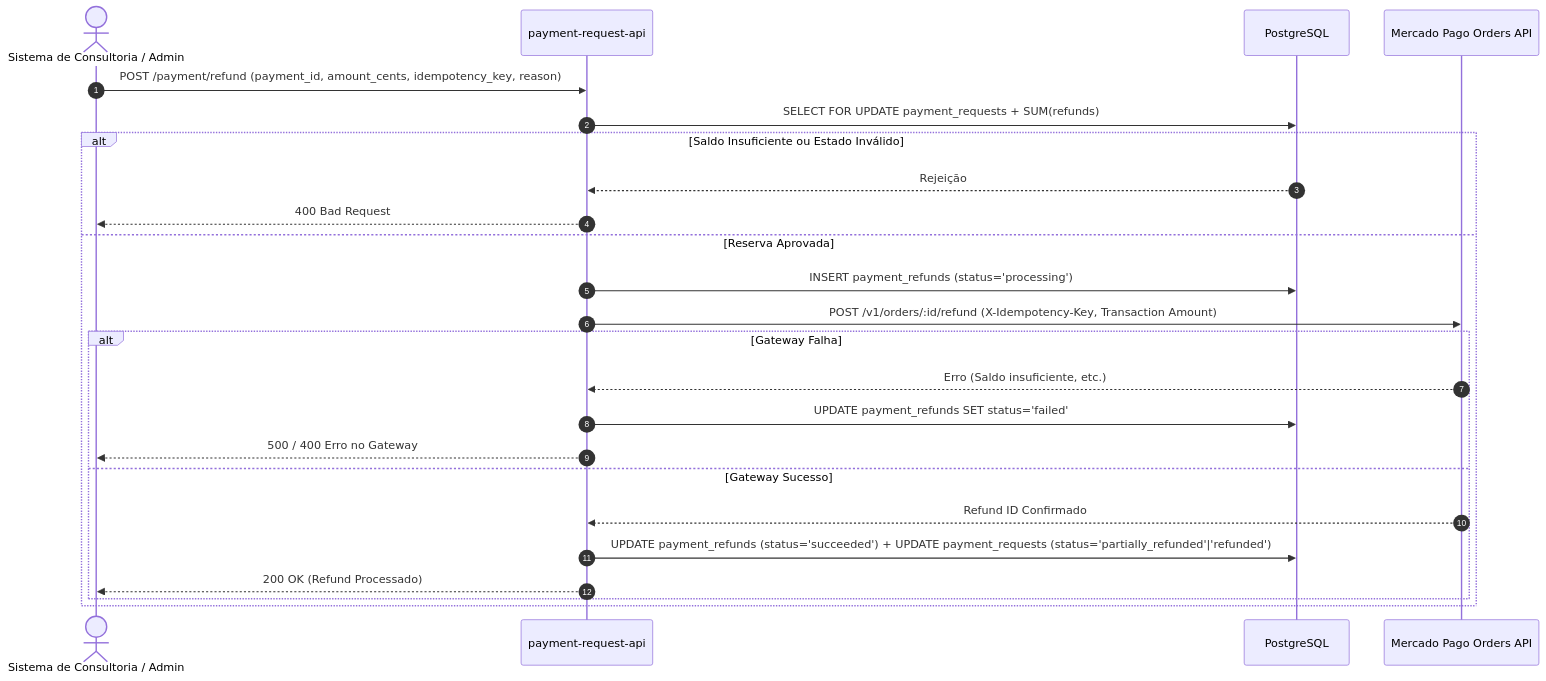
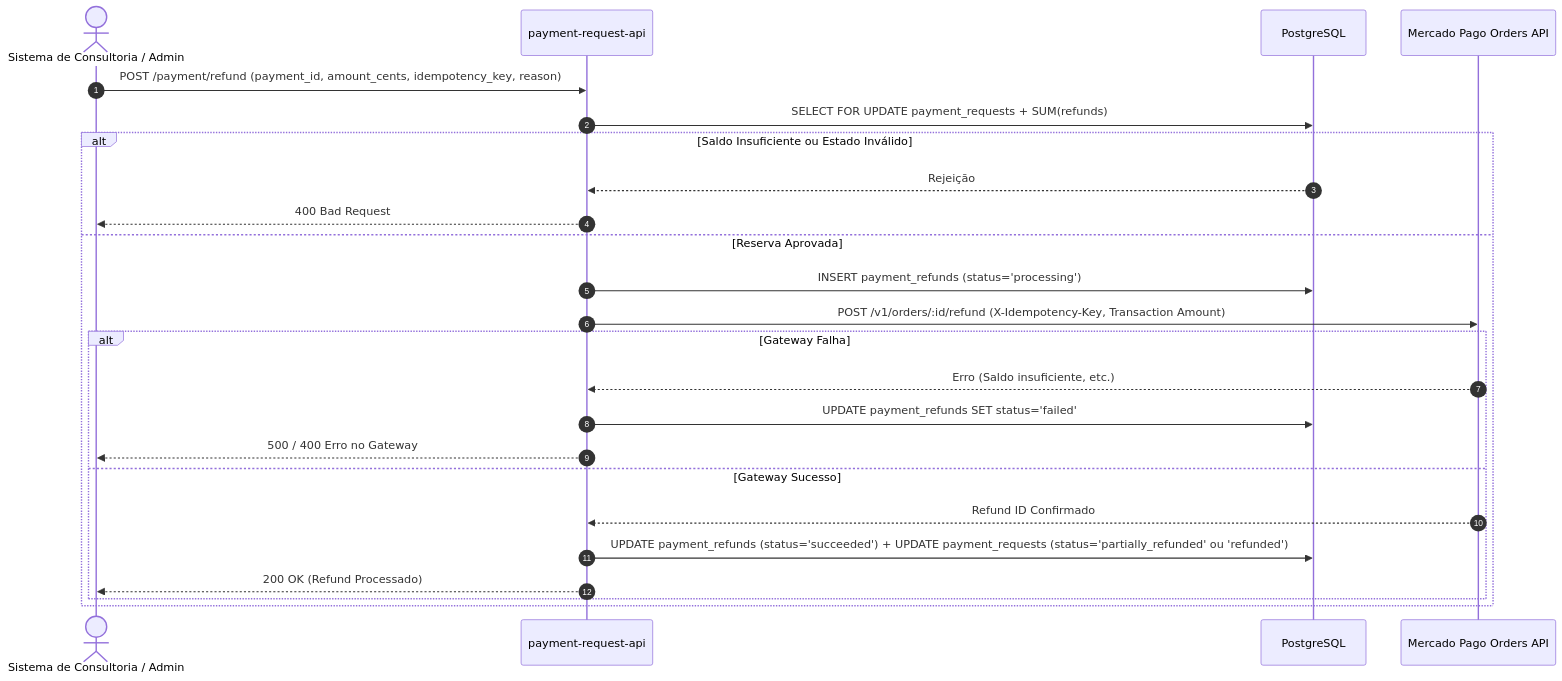
One commit to JoaoVitorML-BR/payment-api-go changed the fourth of 6 diagrams in README.md. Above: the diagram before and after it, drawn with Mermaid. The commit also changed other lines of this file, not shown here.

Commit message:
docs: fix unclosed and corrupted mermaid sequence diagrams in README

````diff
--- a/README.md
+++ b/README.md
@@ -108,27 +127,27 @@
 ```mermaid
 sequenceDiagram
     autonumber
     actor Consult as Sistema de Consultoria / Admin
     participant API as payment-request-api
     participant DB as PostgreSQL
     participant MP as Mercado Pago Orders API
 
     Consult->>API: POST /payment/refund (payment_id, amount_cents, idempotency_key, reason)
     API->>DB: SELECT FOR UPDATE payment_requests + SUM(refunds)
     alt Saldo Insuficiente ou Estado Inválido
         DB-->>API: Rejeição
         API-->>Consult: 400 Bad Request
     else Reserva Aprovada
         API->>DB: INSERT payment_refunds (status='processing')
         API->>MP: POST /v1/orders/:id/refund (X-Idempotency-Key, Transaction Amount)
         alt Gateway Falha
             MP-->>API: Erro (Saldo insuficiente, etc.)
             API->>DB: UPDATE payment_refunds SET status='failed'
             API-->>Consult: 500 / 400 Erro no Gateway
         else Gateway Sucesso
             MP-->>API: Refund ID Confirmado
-            API->>DB: UPDATE payment_refunds (status='succeeded') + UPDATE payment_requests (status='partially_refunded'|'refunded')
+            API->>DB: UPDATE payment_refunds (status='succeeded') + UPDATE payment_requests (status='partially_refunded' ou 'refunded')
             API-->>Consult: 200 OK (Refund Processado)
         end
     end
 ```
````
